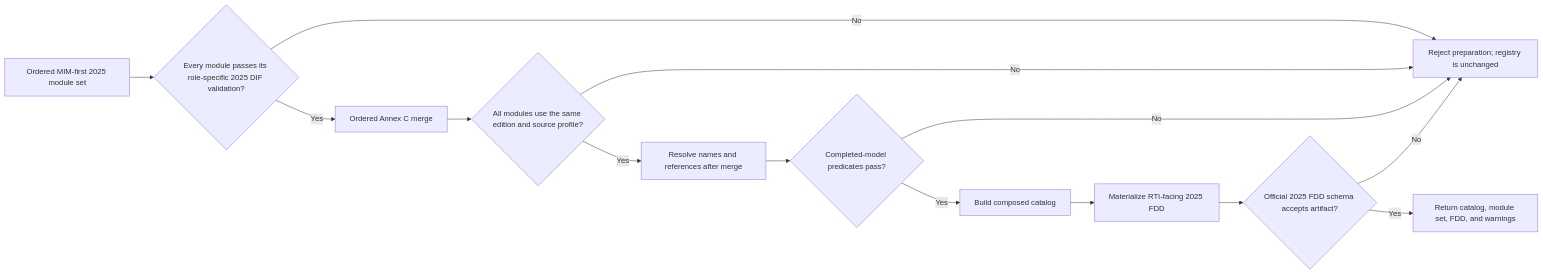
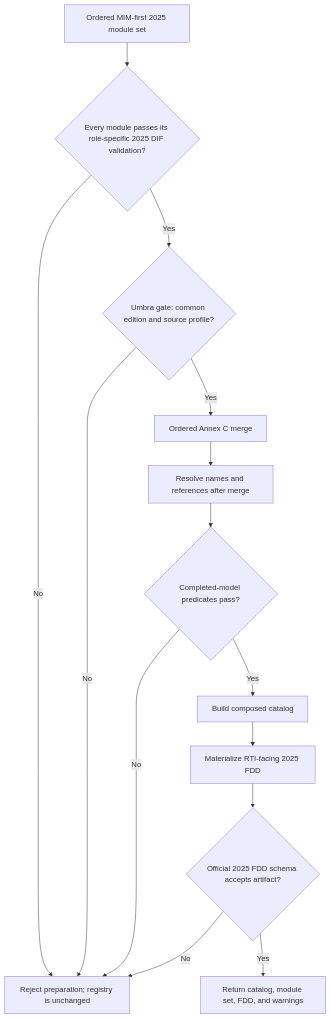
The second of 5 diagrams in docs/design/HLA-2025-FOM-MODULE-ADMISSION-AND-COMPOSITION-FLOW-GUIDE.md (sheepfling/umbra), drawn with Mermaid before and after one commit. The commit also changed other lines of this file and 822 other files, not shown here.

````diff
--- a/docs/design/HLA-2025-FOM-MODULE-ADMISSION-AND-COMPOSITION-FLOW-GUIDE.md
+++ b/docs/design/HLA-2025-FOM-MODULE-ADMISSION-AND-COMPOSITION-FLOW-GUIDE.md
@@ -82,16 +130,16 @@
 ```mermaid
-flowchart LR
+flowchart TB
   A[Ordered MIM-first 2025 module set] --> B{Every module passes its role-specific 2025 DIF validation?}
   B -- No --> E[Reject preparation; registry is unchanged]
-  B -- Yes --> M[Ordered Annex C merge]
-  M --> D{All modules use the same edition and source profile?}
+  B -- Yes --> D{Umbra gate: common edition and source profile?}
   D -- No --> E
-  D -- Yes --> F[Resolve names and references after merge]
+  D -- Yes --> M[Ordered Annex C merge]
+  M --> F[Resolve names and references after merge]
   F --> G{Completed-model predicates pass?}
   G -- No --> E
   G -- Yes --> H[Build composed catalog]
   H --> I[Materialize RTI-facing 2025 FDD]
   I --> J{Official 2025 FDD schema accepts artifact?}
   J -- No --> E
   J -- Yes --> L[Return catalog, module set, FDD, and warnings]
 ```
````
